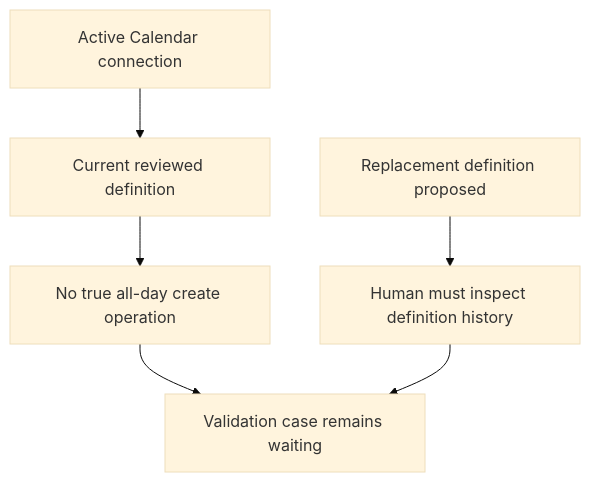
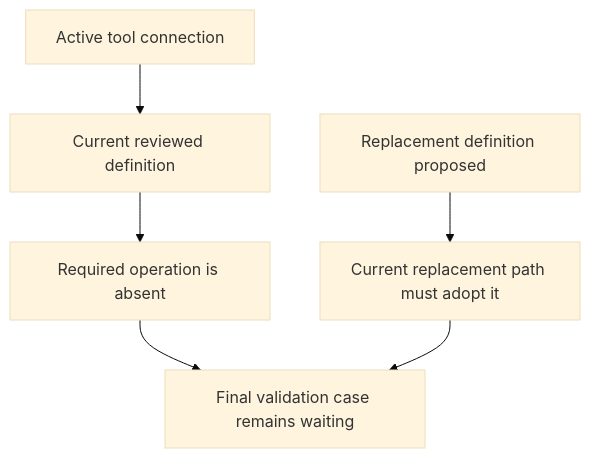
Diagram 21 of 29 in docs/superpowers/plans/2026-08-08-noema-practical-reliability-roadmap.md (kpsuperplane/Noema), drawn with Mermaid (base theme) before and after one commit. The commit also changed other lines of this file, not shown here.

Commit message:
docs: make reliability roadmap tool-neutral

````diff
--- a/docs/superpowers/plans/2026-08-08-noema-practical-reliability-roadmap.md
+++ b/docs/superpowers/plans/2026-08-08-noema-practical-reliability-roadmap.md
@@ -1067,12 +1068,12 @@
 ```mermaid
 flowchart TD
-    A["Active Calendar connection"]
+    A["Active tool connection"]
     B["Current reviewed definition"]
-    C["No true all-day create operation"]
+    C["Required operation is absent"]
     D["Replacement definition proposed"]
-    E["Human must inspect definition history"]
-    F["Validation case remains waiting"]
+    E["Current replacement path must adopt it"]
+    F["Final validation case remains waiting"]
 
     A --> B --> C --> F
     D --> E --> F
 ```
````
